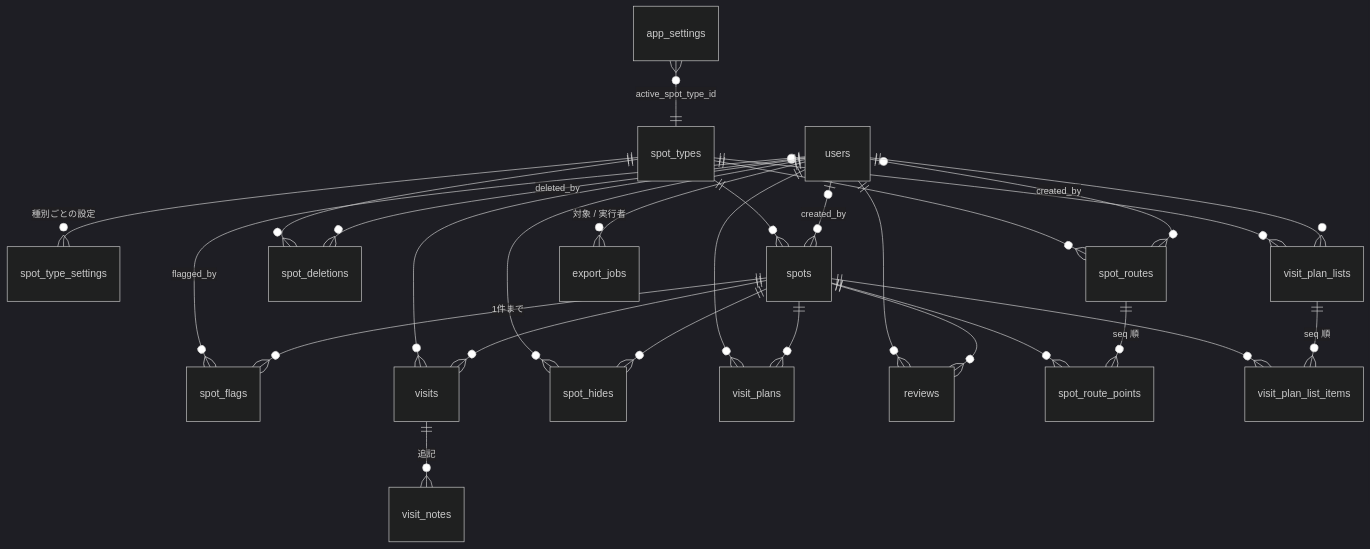
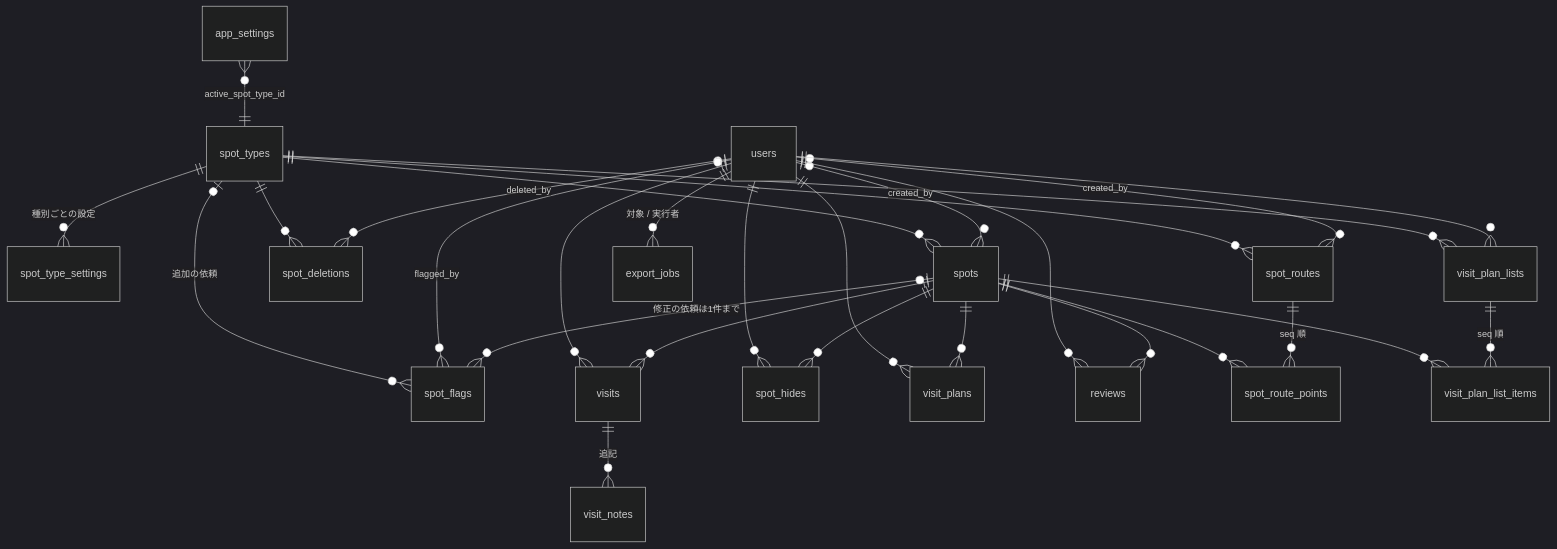
One commit to rtcode337/travel-log changed the first of 5 diagrams in docs/database.md. Above: the diagram before and after it, drawn with Mermaid (dark theme). The commit also changed other lines of this file and 11 other files, not shown here.

First line of the commit message:
間違い報告を「修正・追加の依頼」にし、地図から追加も頼めるようにする

````diff
--- a/docs/database.md
+++ b/docs/database.md
@@ -19,32 +19,33 @@
 ```mermaid
 erDiagram
     spot_types ||--o{ spot_type_settings : "種別ごとの設定"
     spot_types ||--o{ spots : ""
     spot_types ||--o{ spot_deletions : ""
     spot_types ||--o{ spot_routes : ""
     spot_types ||--o{ visit_plan_lists : ""
     app_settings }o--|| spot_types : "active_spot_type_id"
+    spot_types |o--o{ spot_flags : "追加の依頼"
 
     users |o--o{ spots : "created_by"
     users |o--o{ spot_routes : "created_by"
     users |o--o{ spot_deletions : "deleted_by"
     users |o--o{ spot_flags : "flagged_by"
     users ||--o{ visits : ""
     users ||--o{ spot_hides : ""
     users ||--o{ visit_plans : ""
     users ||--o{ visit_plan_lists : ""
     users ||--o{ export_jobs : "対象 / 実行者"
     users ||--o{ reviews : ""
 
     spots ||--o{ spot_route_points : ""
     spots ||--o{ visits : ""
     spots ||--o{ spot_hides : ""
-    spots ||--o{ spot_flags : "1件まで"
+    spots |o--o{ spot_flags : "修正の依頼は1件まで"
     spots ||--o{ visit_plans : ""
     spots ||--o{ visit_plan_list_items : ""
     spots ||--o{ reviews : ""
     visits ||--o{ visit_notes : "追記"
 
     spot_routes ||--o{ spot_route_points : "seq 順"
     visit_plan_lists ||--o{ visit_plan_list_items : "seq 順"
 ```
````
